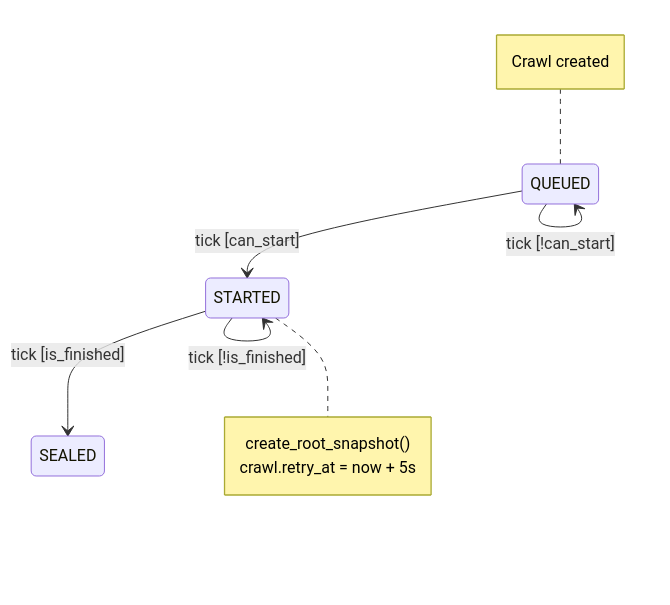
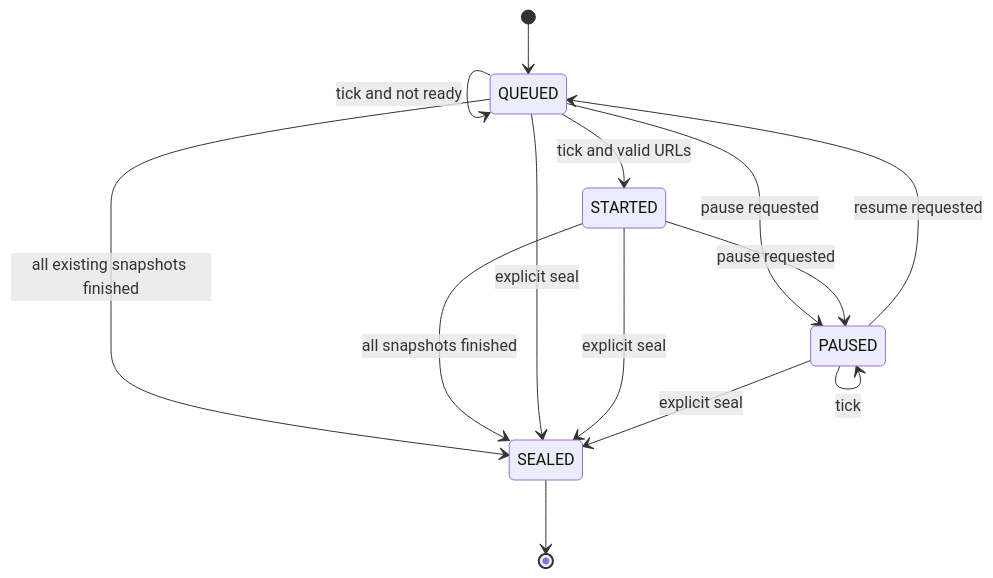
One commit to ArchiveBox/docs changed the third of 5 diagrams in ArchiveBox-Architecture-Diagrams.md. Above: the diagram before and after it, drawn with Mermaid. The commit also changed other lines of this file and 199 other files, not shown here.

````diff
--- a/ArchiveBox-Architecture-Diagrams.md
+++ b/ArchiveBox-Architecture-Diagrams.md
@@ -116,17 +64,16 @@
 ```mermaid
 stateDiagram-v2
-    STARTED --> SEALED: tick [is_finished]
-    STARTED --> STARTED: tick [!is_finished]    
-    QUEUED --> STARTED: tick [can_start]
-    QUEUED --> QUEUED: tick [!can_start]
-
-    
-    note left of QUEUED
-        Crawl created
-    end note
-    
-    note right of STARTED
-        create_root_snapshot()
-        crawl.retry_at = now + 5s
-    end note
+    [*] --> QUEUED
+    QUEUED --> STARTED: tick and valid URLs
+    QUEUED --> QUEUED: tick and not ready
+    QUEUED --> SEALED: all existing snapshots finished
+    STARTED --> SEALED: all snapshots finished
+    QUEUED --> PAUSED: pause requested
+    STARTED --> PAUSED: pause requested
+    PAUSED --> QUEUED: resume requested
+    PAUSED --> PAUSED: tick
+    QUEUED --> SEALED: explicit seal
+    STARTED --> SEALED: explicit seal
+    PAUSED --> SEALED: explicit seal
+    SEALED --> [*]
 ```
````
